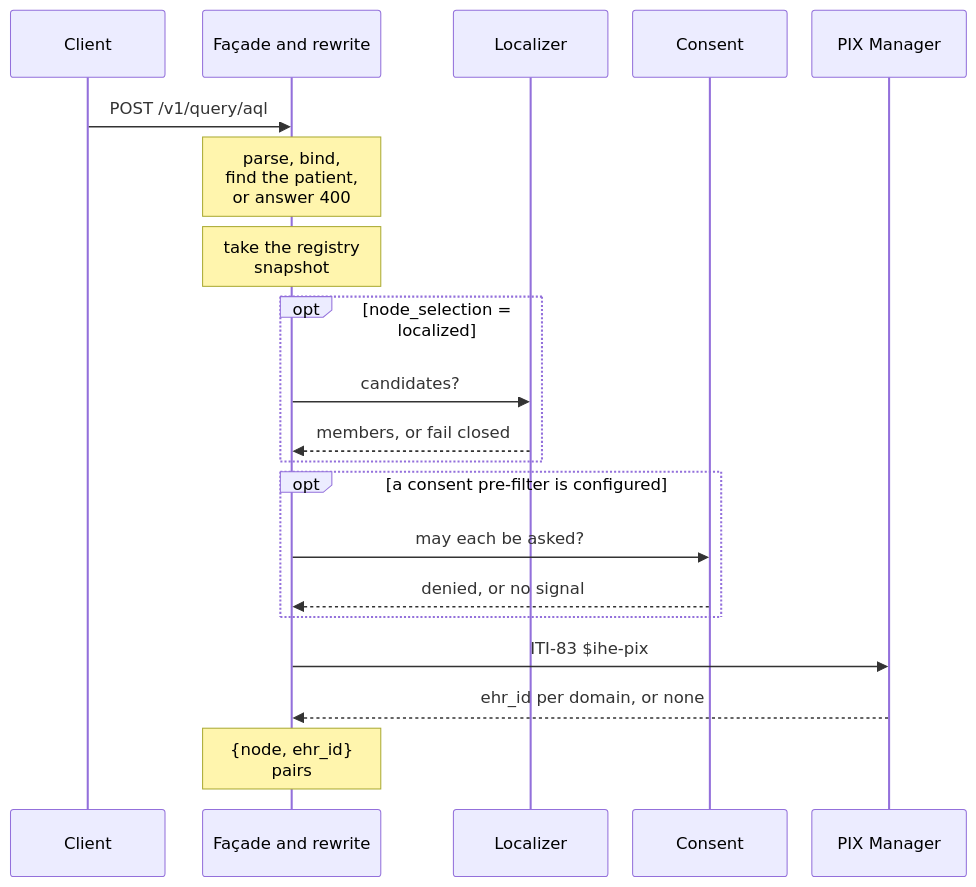
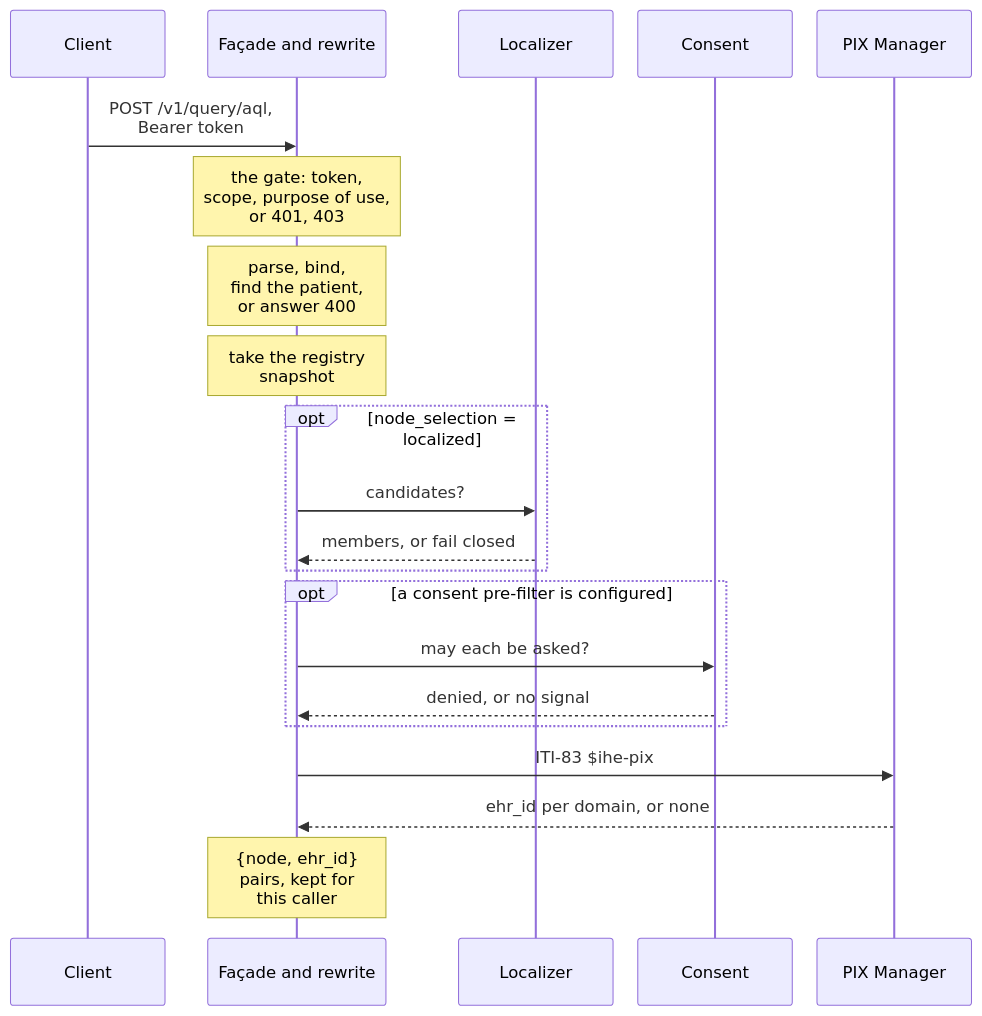
One commit to FerroHEALTH/FerroFED changed the first of 5 diagrams in website/book/src/how-it-works/federated-query.md. Above: the diagram before and after it, drawn with Mermaid. The commit also changed other lines of this file and 11 other files, not shown here.

````diff
--- a/website/book/src/how-it-works/federated-query.md
+++ b/website/book/src/how-it-works/federated-query.md
@@ -24,23 +24,24 @@
 ```mermaid
 %%{init: {"sequence": {"actorMargin": 24}}}%%
 sequenceDiagram
     participant C as Client
     participant F as Façade and rewrite
     participant L as Localizer
     participant P as Consent
     participant X as PIX Manager
-    C->>F: POST /v1/query/aql
+    C->>F: POST /v1/query/aql,<br/>Bearer token
+    Note over F: the gate: token,<br/>scope, purpose of use,<br/>or 401, 403
     Note over F: parse, bind,<br/>find the patient,<br/>or answer 400
     Note over F: take the registry<br/>snapshot
     opt node_selection = localized
         F->>L: candidates?
         L-->>F: members, or fail closed
     end
     opt a consent pre-filter is configured
         F->>P: may each be asked?
         P-->>F: denied, or no signal
     end
     F->>X: ITI-83 $ihe-pix
     X-->>F: ehr_id per domain, or none
-    Note over F: {node, ehr_id}<br/>pairs
+    Note over F: {node, ehr_id}<br/>pairs, kept for<br/>this caller
 ```
````
